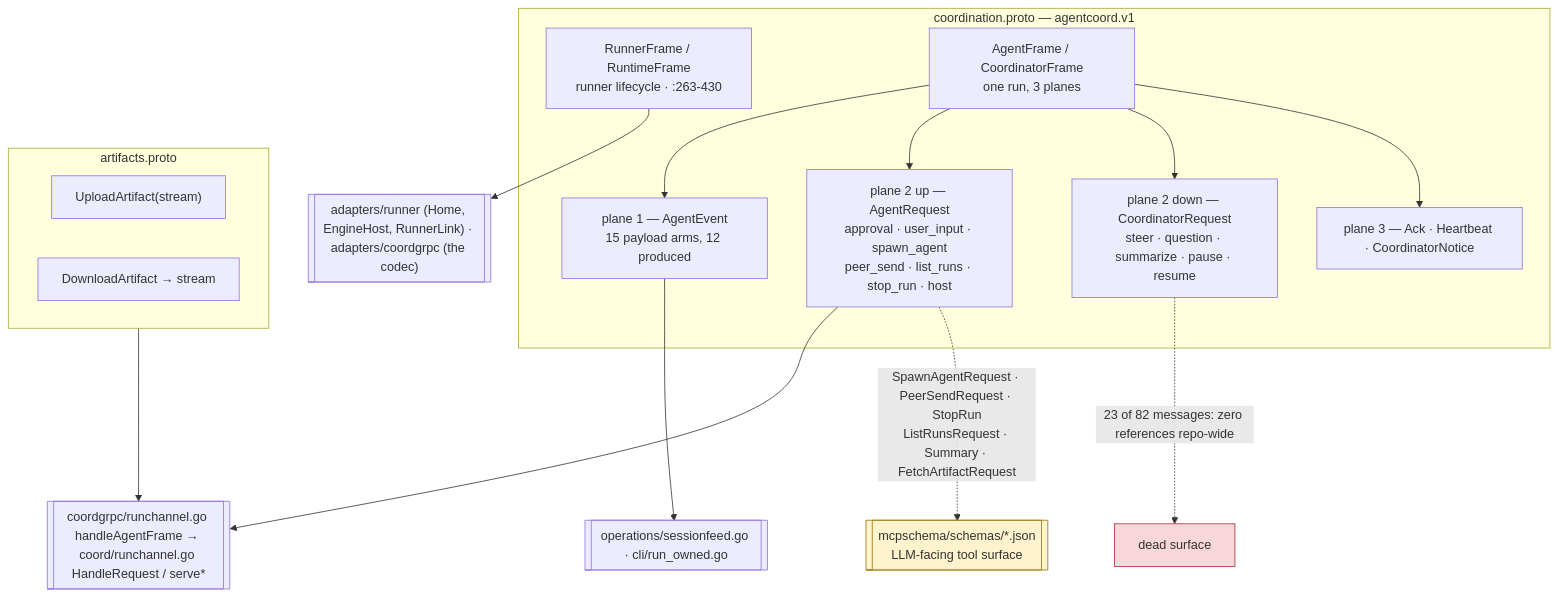
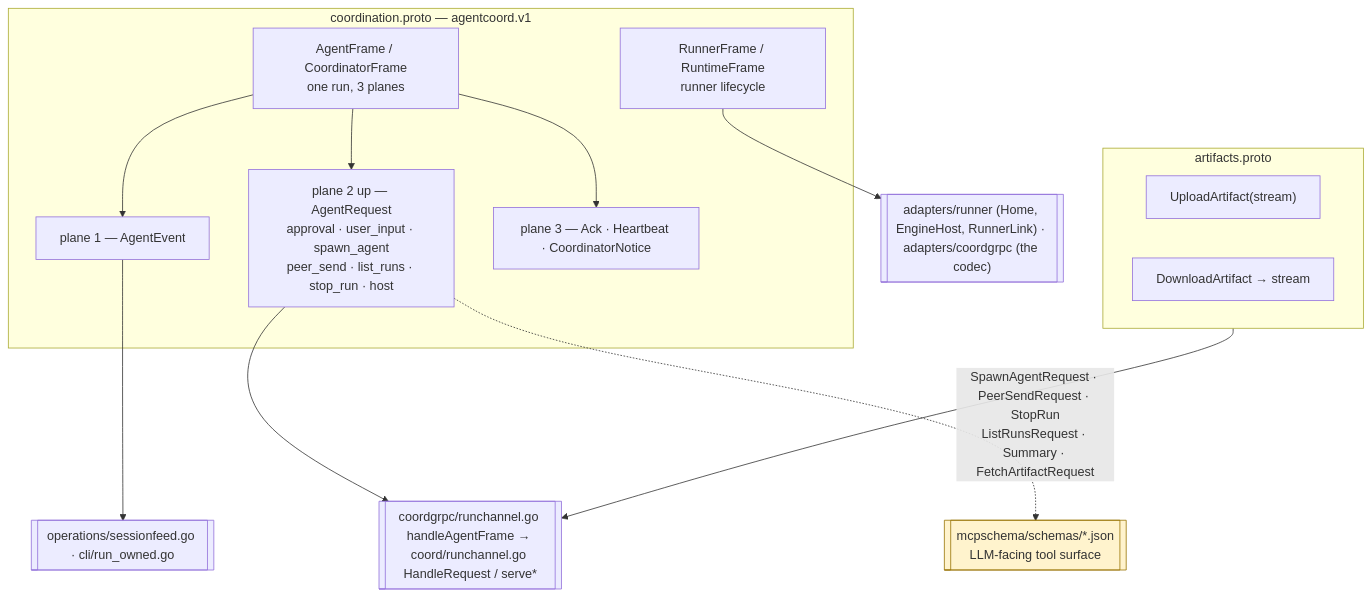
The diagram in docs/architecture/agentcoord/wire-contract.md (ctxloom/ctxloom), drawn with Mermaid before and after one commit. The commit also changed other lines of this file and 2 other files, not shown here.

````diff
--- a/docs/architecture/agentcoord/wire-contract.md
+++ b/docs/architecture/agentcoord/wire-contract.md
@@ -15,28 +14,25 @@
 ```mermaid
 flowchart TD
   subgraph Wire["coordination.proto — agentcoord.v1"]
-    RF["RunnerFrame / RuntimeFrame<br/>runner lifecycle · :263-430"]
+    RF["RunnerFrame / RuntimeFrame<br/>runner lifecycle"]
     AF["AgentFrame / CoordinatorFrame<br/>one run, 3 planes"]
-    P1["plane 1 — AgentEvent<br/>15 payload arms, 12 produced"]
+    P1["plane 1 — AgentEvent"]
     P2U["plane 2 up — AgentRequest<br/>approval · user_input · spawn_agent<br/>peer_send · list_runs · stop_run · host"]
-    P2D["plane 2 down — CoordinatorRequest<br/>steer · question · summarize · pause · resume"]
     P3["plane 3 — Ack · Heartbeat · CoordinatorNotice"]
-    AF --> P1 & P2U & P2D & P3
+    AF --> P1 & P2U & P3
   end
   subgraph Art["artifacts.proto"]
     UP["UploadArtifact(stream)"]
     DL["DownloadArtifact → stream"]
   end
   MCP[["mcpschema/schemas/*.json<br/>LLM-facing tool surface"]]
   COORD[["coordgrpc/runchannel.go handleAgentFrame → coord/runchannel.go HandleRequest / serve*"]]
   RUNNER[["adapters/runner (Home, EngineHost, RunnerLink) · adapters/coordgrpc (the codec)"]]
   VIEW[["operations/sessionfeed.go · cli/run_owned.go"]]
   P2U --> COORD
   P1 --> VIEW
   RF --> RUNNER
   Art --> COORD
   P2U -. "SpawnAgentRequest · PeerSendRequest · StopRun<br/>ListRunsRequest · Summary · FetchArtifactRequest" .-> MCP
-  P2D -. "23 of 82 messages: zero references repo-wide" .-> DEAD["dead surface"]
-  style DEAD fill:#f8d7da,stroke:#b02a37
   style MCP fill:#fff3cd,stroke:#997404
 ```
````
